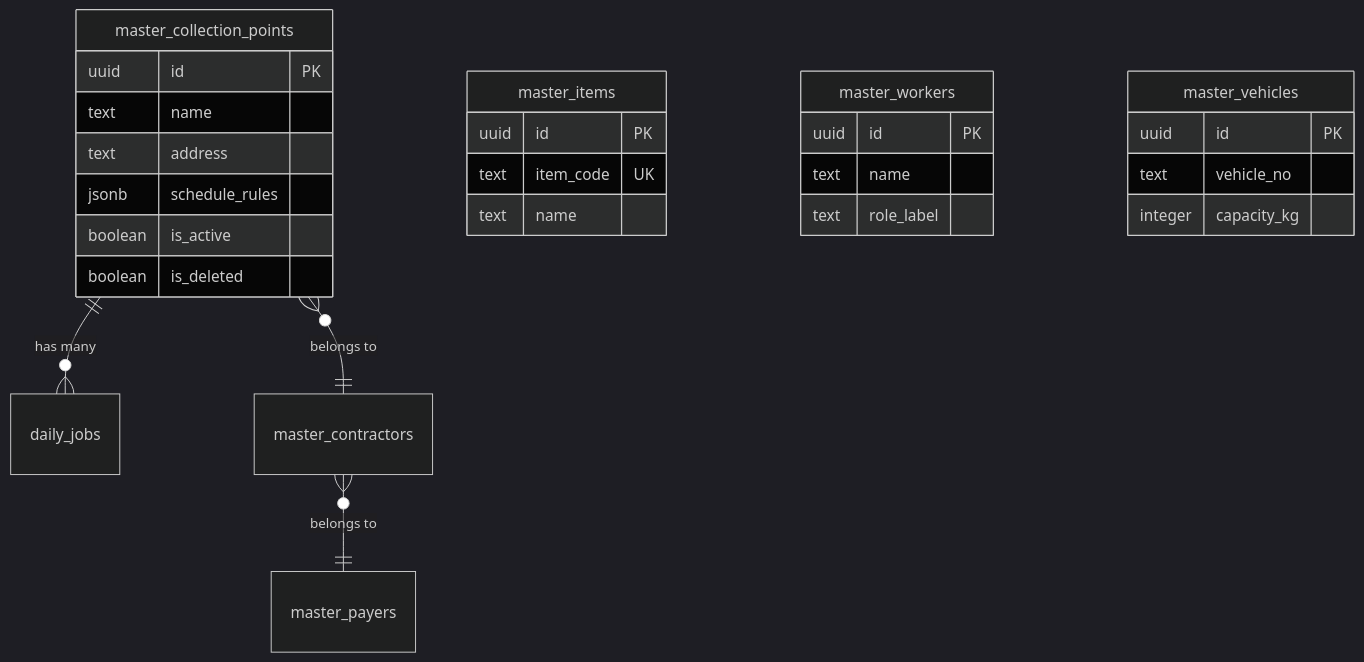
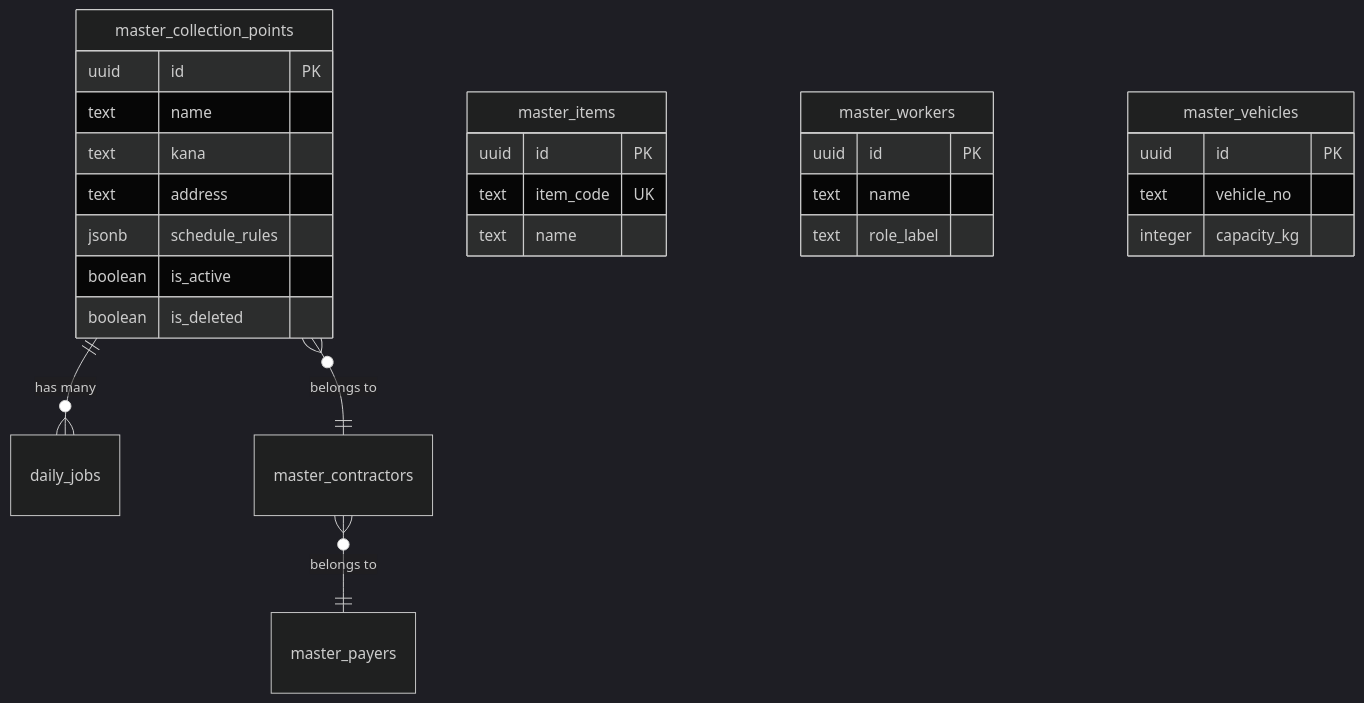
One commit to MatsumeiShyou/TBNY-DXOS changed the second of 2 diagrams in README.md. Above: the diagram before and after it, drawn with Mermaid (dark theme). The commit also changed 24 other files, not shown here.

````diff
--- a/README.md
+++ b/README.md
@@ -59,30 +59,31 @@
 ```mermaid
 erDiagram
     master_collection_points ||--o{ daily_jobs : "has many"
     master_collection_points }o--|| master_contractors : "belongs to"
     master_contractors }o--|| master_payers : "belongs to"
 
     master_collection_points {
         uuid id PK
         text name
+        text kana
         text address
         jsonb schedule_rules
         boolean is_active
         boolean is_deleted
     }
     master_items {
         uuid id PK
         text item_code UK
         text name
     }
     master_workers {
         uuid id PK
         text name
         text role_label
     }
     master_vehicles {
         uuid id PK
         text vehicle_no
         integer capacity_kg
     }
 ```
````
